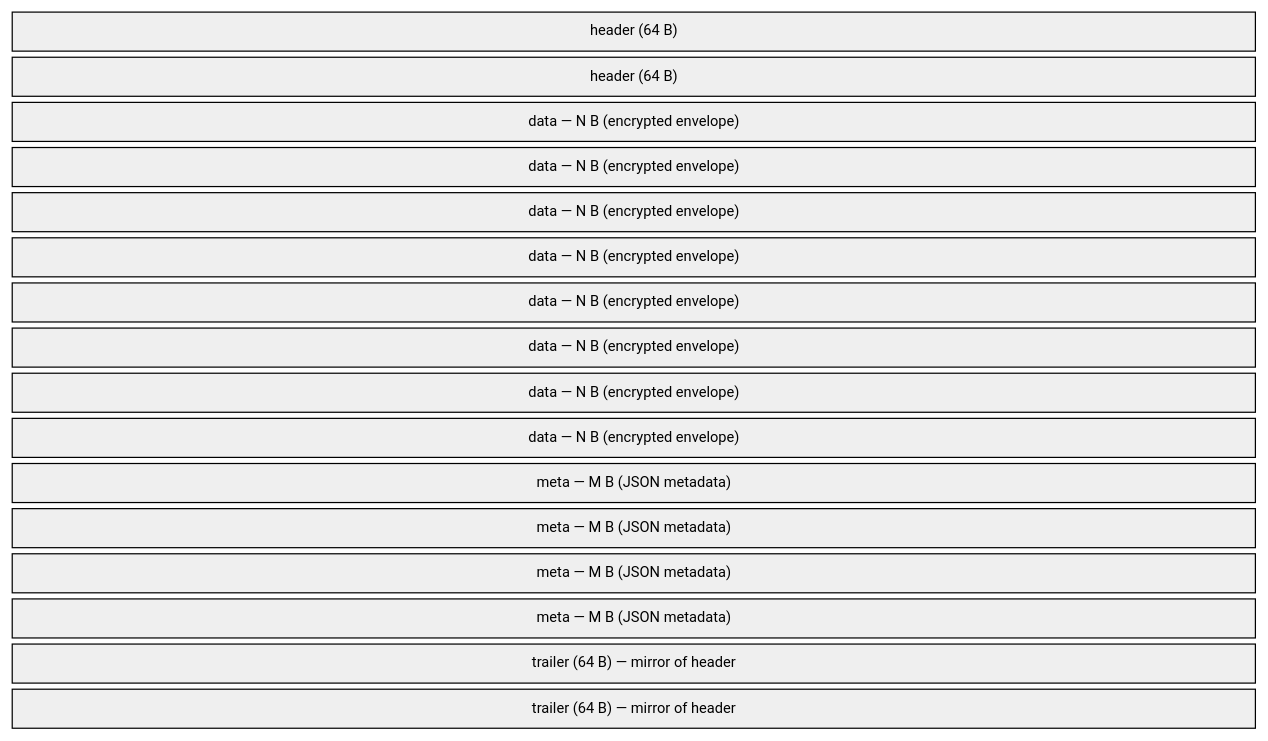
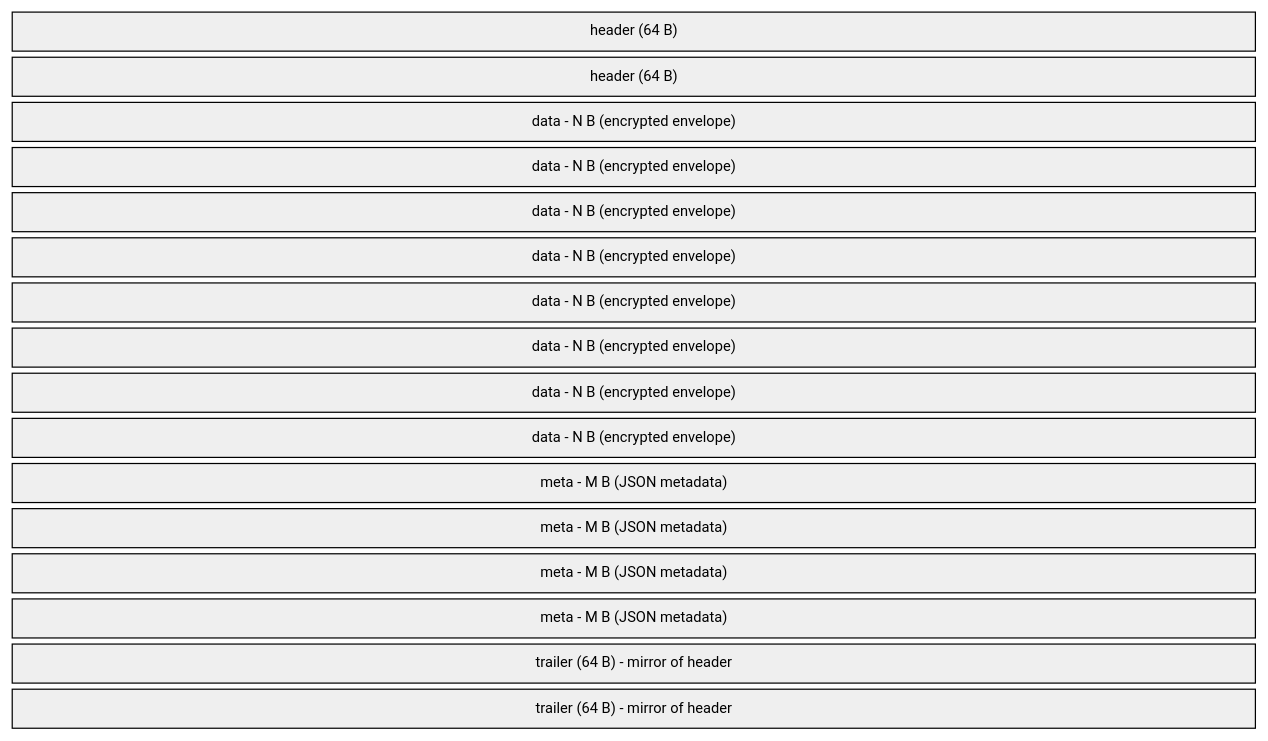
One commit to Quyzi/y2q changed the fifth of 8 diagrams in docs/architecture.md. Above: the diagram before and after it, drawn with Mermaid. The commit also changed other lines of this file and 5 other files, not shown here.

````diff
--- a/docs/architecture.md
+++ b/docs/architecture.md
@@ -150,8 +173,8 @@
 ```mermaid
 %%{init: {"packet": {"showBits": false}}}%%
 packet-beta
 0-63: "header (64 B)"
-64-319: "data — N B (encrypted envelope)"
-320-447: "meta — M B (JSON metadata)"
-448-511: "trailer (64 B) — mirror of header"
+64-319: "data - N B (encrypted envelope)"
+320-447: "meta - M B (JSON metadata)"
+448-511: "trailer (64 B) - mirror of header"
 ```
````
